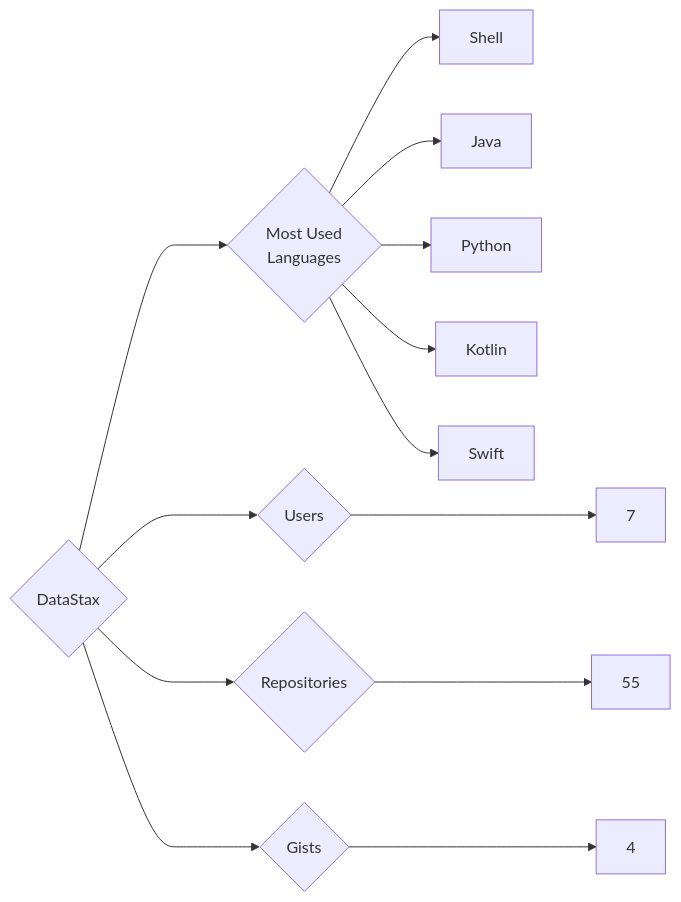
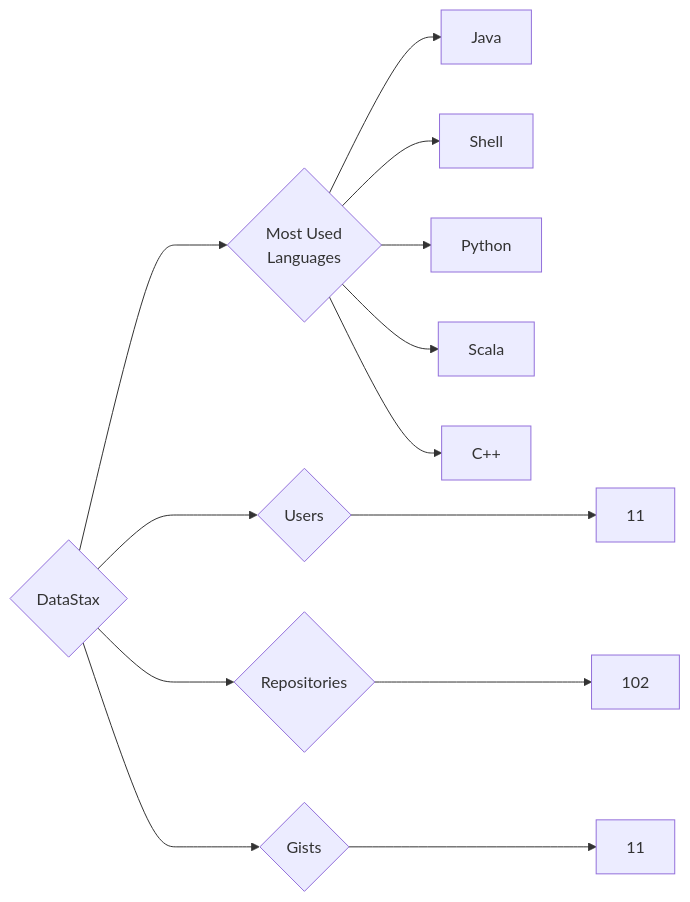
Before and after one commit to trickest/insiders: the diagram in targets/DataStax/README.md, drawn with Mermaid. The commit also changed 815 other files, not shown here.

````diff
--- a/targets/DataStax/README.md
+++ b/targets/DataStax/README.md
@@ -3,13 +3,13 @@
 ```mermaid
 graph LR
 COMPANY_NAME{DataStax}
-COMPANY_NAME ---> U{Users} ---> UN[7]
-COMPANY_NAME ---> R{Repositories} ---> RN[55]
-COMPANY_NAME ---> G{Gists} ---> GN[4]
+COMPANY_NAME ---> U{Users} ---> UN[11]
+COMPANY_NAME ---> R{Repositories} ---> RN[102]
+COMPANY_NAME ---> G{Gists} ---> GN[11]
 COMPANY_NAME ---> ML{Most Used<br>Languages}
+ML --> Java[Java]
 ML --> Shell[Shell]
-ML --> Java[Java]
 ML --> Python[Python]
-ML --> Kotlin[Kotlin]
-ML --> Swift[Swift]
+ML --> Scala[Scala]
+ML --> C++[C++]
 ```
````
